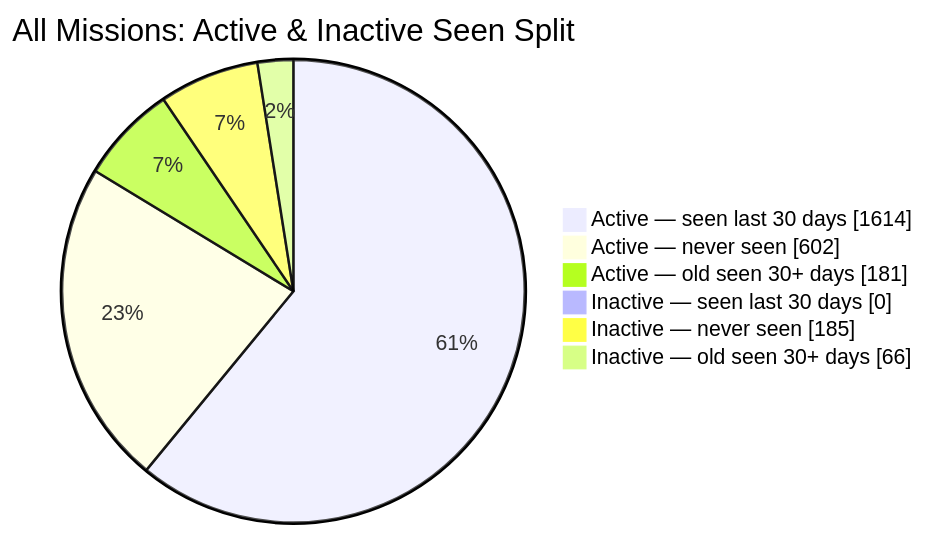
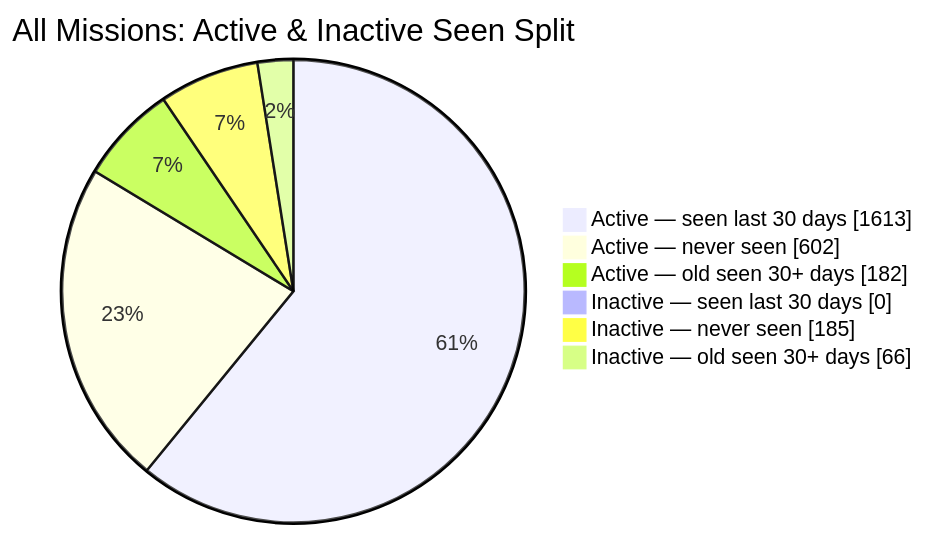
Before and after one commit to MeldkamerspelGameTeam/active-missions: the second of 2 diagrams in README.md, drawn with Mermaid. The commit also changed other lines of this file and 2 other files, not shown here.

````diff
--- a/README.md
+++ b/README.md
@@ -44,10 +44,10 @@
 ```mermaid
 pie showData
     title All Missions: Active & Inactive Seen Split
-    "Active — seen last 30 days" : 1614
+    "Active — seen last 30 days" : 1613
     "Active — never seen" : 602
-    "Active — old seen 30+ days" : 181
+    "Active — old seen 30+ days" : 182
     "Inactive — seen last 30 days" : 0
     "Inactive — never seen" : 185
     "Inactive — old seen 30+ days" : 66
 ```
````
